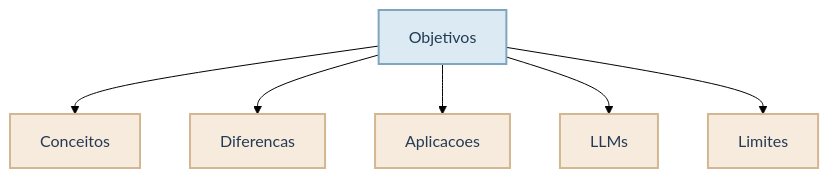
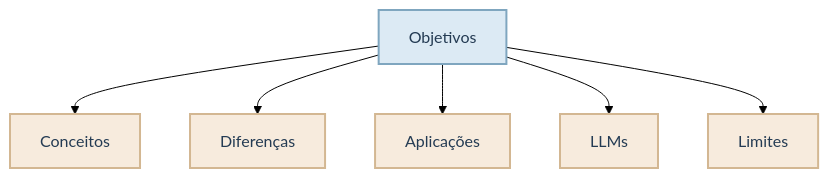
One commit to mikaelakihitto/self-study-data-science changed the second of 51 diagrams in temas/introducao_pratica_ia_e_genia/estudo/aula1.qmd. Above: the diagram before and after it, drawn with Mermaid (forest theme). The commit also changed other lines of this file, not shown here.

````diff
--- a/temas/introducao_pratica_ia_e_genia/estudo/aula1.qmd
+++ b/temas/introducao_pratica_ia_e_genia/estudo/aula1.qmd
@@ -59,17 +50,17 @@
 ```{mermaid}
 %%| fig-align: center
 %%| out-width: 72%
 graph TD
     A[Objetivos]
     A --> N1[Conceitos]
-    A --> N2[Diferencas]
-    A --> N3[Aplicacoes]
+    A --> N2[Diferenças]
+    A --> N3[Aplicações]
     A --> N4[LLMs]
     A --> N5[Limites]
     %% Definicao das cores
     classDef styleAzul fill:#DCEAF4,stroke:#7FA6BF,stroke-width:2px,color:#243B53;
     classDef styleVerde fill:#E7F2E8,stroke:#90B29A,stroke-width:2px,color:#243B53;
     classDef styleAreia fill:#F7EBDD,stroke:#D3B792,stroke-width:2px,color:#243B53;
     class A styleAzul;
     class N1,N2,N3,N4,N5 styleAreia;
 ```
````
